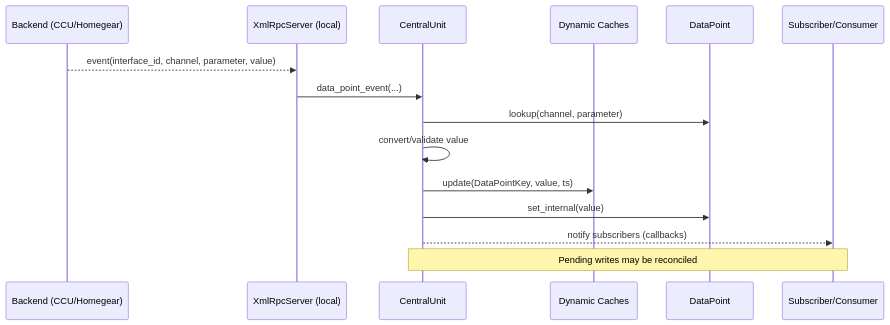
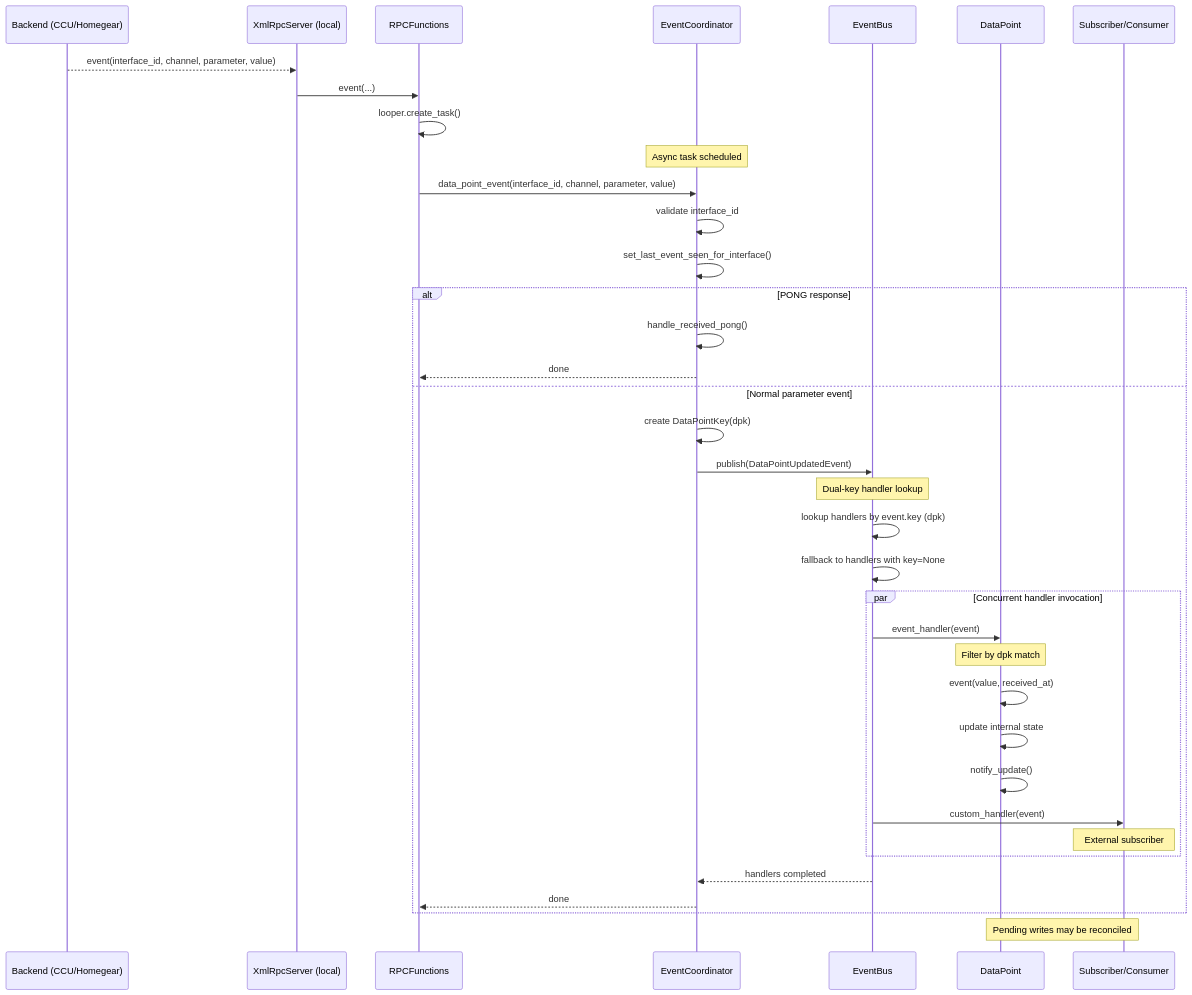
The third of 6 diagrams in docs/sequence_diagrams.md (SukramJ/aiohomematic), drawn with Mermaid before and after one commit. The commit also changed other lines of this file and 15 other files, not shown here.

````diff
--- a/docs/sequence_diagrams.md
+++ b/docs/sequence_diagrams.md
@@ -82,17 +147,49 @@
 ```mermaid
 sequenceDiagram
   participant CCU as Backend (CCU/Homegear)
   participant XRS as XmlRpcServer (local)
-  participant C as CentralUnit
-  participant Cache as Dynamic Caches
+  participant RPC as RPCFunctions
+  participant EC as EventCoordinator
+  participant EB as EventBus
   participant DP as DataPoint
   participant App as Subscriber/Consumer
+
   CCU-->>XRS: event(interface_id, channel, parameter, value)
-  XRS->>C: data_point_event(...)
-  C->>DP: lookup(channel, parameter)
-  C->>C: convert/validate value
-  C->>Cache: update(DataPointKey, value, ts)
-  C->>DP: set_internal(value)
-  C-->>App: notify subscribers (callbacks)
-  Note over C,App: Pending writes may be reconciled
+  XRS->>RPC: event(...)
+  RPC->>RPC: looper.create_task()
+
+  Note over EC: Async task scheduled
+  RPC->>EC: data_point_event(interface_id, channel, parameter, value)
+
+  EC->>EC: validate interface_id
+  EC->>EC: set_last_event_seen_for_interface()
+
+  alt PONG response
+    EC->>EC: handle_received_pong()
+    EC-->>RPC: done
+  else Normal parameter event
+    EC->>EC: create DataPointKey(dpk)
+
+    EC->>EB: publish(DataPointUpdatedEvent)
+
+    Note over EB: Dual-key handler lookup
+    EB->>EB: lookup handlers by event.key (dpk)
+    EB->>EB: fallback to handlers with key=None
+
+    par Concurrent handler invocation
+      EB->>DP: event_handler(event)
+      Note over DP: Filter by dpk match
+      DP->>DP: event(value, received_at)
+      DP->>DP: update internal state
+      DP->>DP: notify_update()
+
+      EB->>App: custom_handler(event)
+      Note over App: External subscriber
+    end
+
+    EB-->>EC: handlers completed
+    EC-->>RPC: done
+  end
+
+  Note over DP,App: Pending writes may be reconciled
 ```
````
